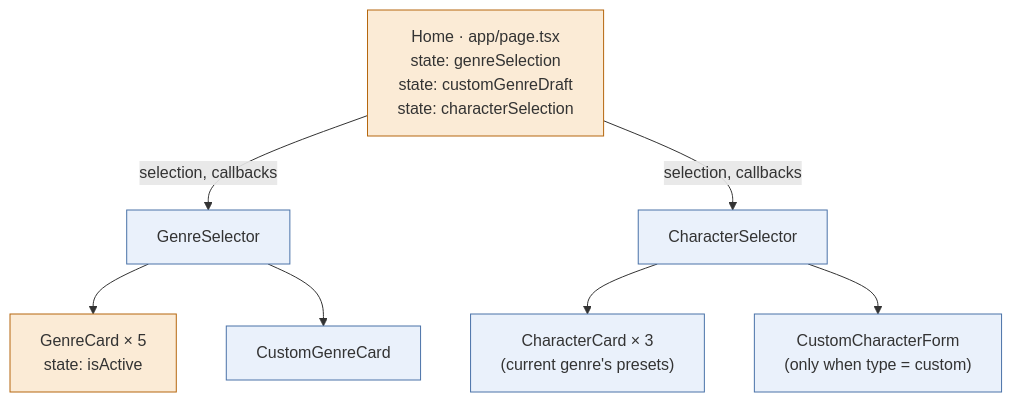
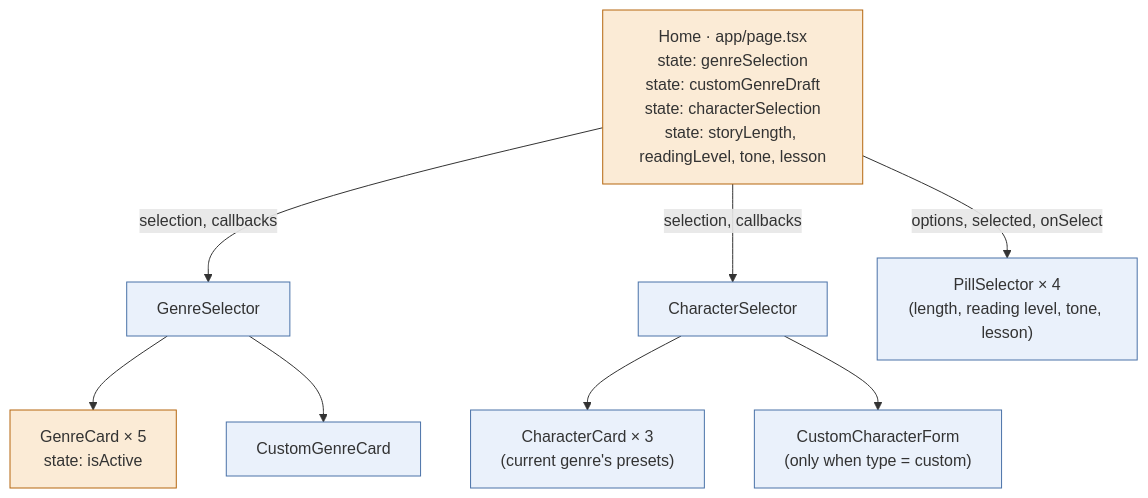
The first of 2 diagrams in docs/architecture.md (aio-studios/children-story-app), drawn with Mermaid before and after one commit. The commit also changed other lines of this file and 7 other files, not shown here.

````diff
--- a/docs/architecture.md
+++ b/docs/architecture.md
@@ -38,22 +38,24 @@
 ```mermaid
 graph TD
-  Page["Home · app/page.tsx<br/>state: genreSelection<br/>state: customGenreDraft<br/>state: characterSelection"]
+  Page["Home · app/page.tsx<br/>state: genreSelection<br/>state: customGenreDraft<br/>state: characterSelection<br/>state: storyLength, readingLevel, tone, lesson"]
   GS["GenreSelector"]
   CS["CharacterSelector"]
   GC["GenreCard × 5<br/>state: isActive"]
   CGC["CustomGenreCard"]
   CC["CharacterCard × 3<br/>(current genre's presets)"]
   CCF["CustomCharacterForm<br/>(only when type = custom)"]
+  PS["PillSelector × 4<br/>(length, reading level, tone, lesson)"]
 
   Page -->|selection, callbacks| GS
   Page -->|selection, callbacks| CS
+  Page -->|options, selected, onSelect| PS
   GS --> GC
   GS --> CGC
   CS --> CC
   CS --> CCF
 
   classDef stateful fill:#FBEBD6,stroke:#B5670E;
   classDef plain fill:#EAF1FB,stroke:#4A72A8;
   class Page,GC stateful;
-  class GS,CS,CGC,CC,CCF plain;
+  class GS,CS,CGC,CC,CCF,PS plain;
 ```
````
